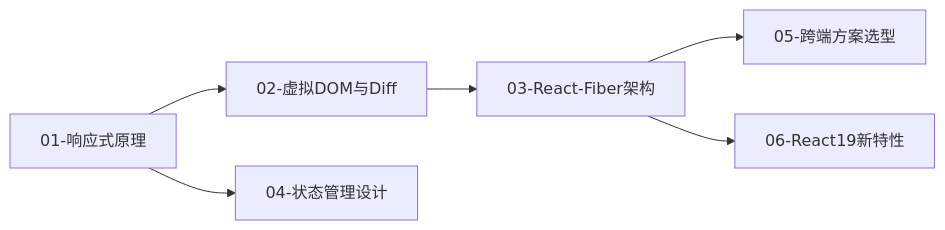
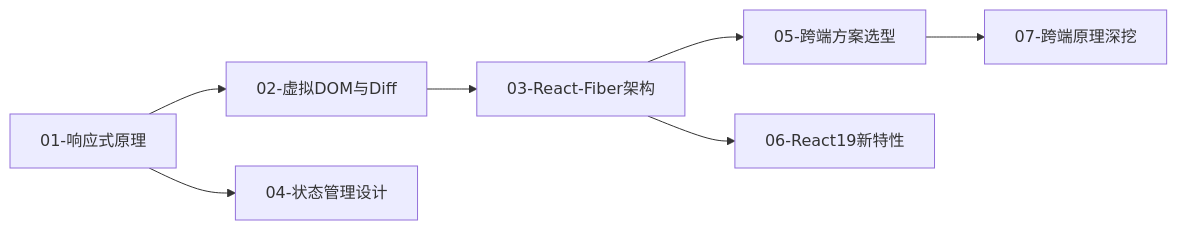
One commit to c-builder/study changed the second of 2 diagrams in 02-框架与底层原理/00-本章导读.md. Above: the diagram before and after it, drawn with Mermaid. The commit also changed other lines of this file and 63 other files, not shown here.

````diff
--- a/02-框架与底层原理/00-本章导读.md
+++ b/02-框架与底层原理/00-本章导读.md
@@ -41,8 +41,9 @@
 ```mermaid
 flowchart LR
     A[01-响应式原理] --> B[02-虚拟DOM与Diff]
     B --> C[03-React-Fiber架构]
     A --> D[04-状态管理设计]
     C --> E[05-跨端方案选型]
     C --> F[06-React19新特性]
+    E --> G[07-跨端原理深挖]
 ```
````
